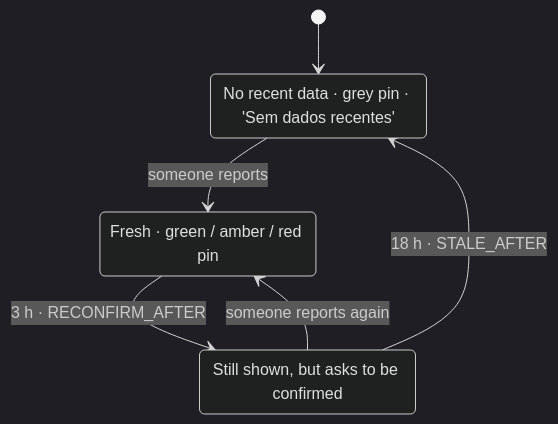
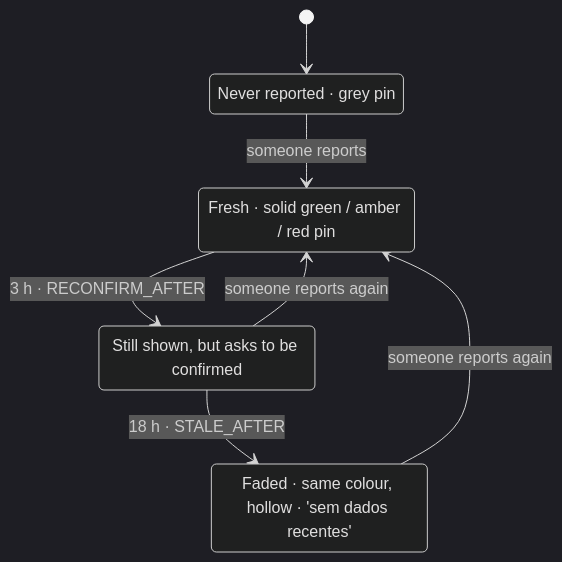
One commit to isabelhdias/voltacheck changed the fourth of 7 diagrams in docs/diagrams.md. Above: the diagram before and after it, drawn with Mermaid (dark theme). The commit also changed other lines of this file and 22 other files, not shown here.

First line of the commit message:
Decay fades the colour instead of going grey, and stamps the last report

````diff
--- a/docs/diagrams.md
+++ b/docs/diagrams.md
@@ -90,12 +90,14 @@
 ```mermaid
 stateDiagram-v2
-  state "No recent data · grey pin · 'Sem dados recentes'" as stale
-  state "Fresh · green / amber / red pin" as fresh
+  state "Never reported · grey pin" as never
+  state "Fresh · solid green / amber / red pin" as fresh
   state "Still shown, but asks to be confirmed" as recon
+  state "Faded · same colour, hollow · 'sem dados recentes'" as faded
 
-  [*] --> stale
-  stale --> fresh: someone reports
+  [*] --> never
+  never --> fresh: someone reports
   fresh --> recon: 3 h · RECONFIRM_AFTER
-  recon --> stale: 18 h · STALE_AFTER
+  recon --> faded: 18 h · STALE_AFTER
   recon --> fresh: someone reports again
+  faded --> fresh: someone reports again
 ```
````
